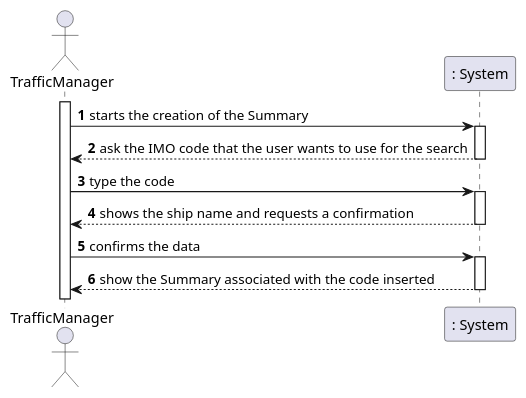
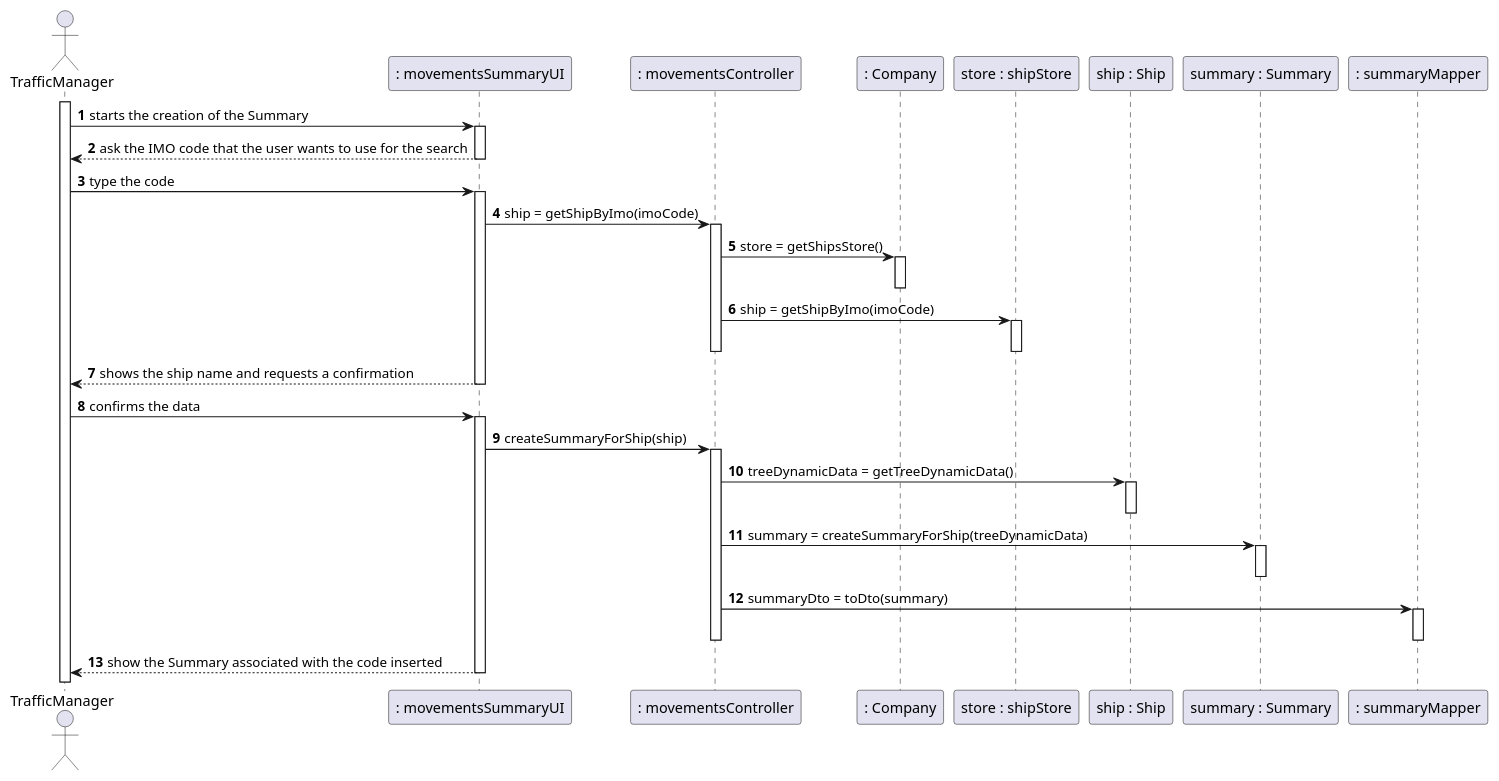
The diagram in docs/US104/US104_SD.puml (0franciscor/lapr3-2021-g042), drawn with PlantUML before and after one commit. The commit also changed 1 other file, not shown here.

```diff
--- a/docs/US104/US104_SD.puml
+++ b/docs/US104/US104_SD.puml
@@ -1,24 +1,58 @@
 @startuml
 'https://plantuml.com/sequence-diagram
 
 actor TrafficManager as TM
-participant ": System" as SY
+participant ": movementsSummaryUI" as UI
+participant ": movementsController" as CT
+participant ": Company" as CP
+participant "store : shipStore" as ST
+participant "ship : Ship" as SP
+participant "summary : Summary" as SM
+participant ": summaryMapper" as MP
+
+
+
 
 autonumber
 activate TM
-TM -> SY: starts the creation of the Summary
-activate SY
-SY --> TM : ask the IMO code that the user wants to use for the search
-deactivate SY
-TM -> SY : type the code
-activate SY
-SY --> TM : shows the ship name and requests a confirmation
-deactivate SY
-TM -> SY: confirms the data
-activate SY
-SY --> TM : show the Summary associated with the code inserted
-deactivate SY
+TM -> UI: starts the creation of the Summary
+activate UI
+UI --> TM : ask the IMO code that the user wants to use for the search
+deactivate UI
+TM -> UI : type the code
+activate UI
+UI -> CT : ship = getShipByImo(imoCode)
+activate  CT
+CT->CP : store = getShipsStore()
+activate CP
+
+deactivate CP
+
+CT->ST : ship = getShipByImo(imoCode)
+activate ST
+deactivate ST
+
+deactivate CT
+UI --> TM : shows the ship name and requests a confirmation
+deactivate UI
+TM -> UI: confirms the data
+activate UI
+UI->CT : createSummaryForShip(ship)
+activate CT
+CT->SP : treeDynamicData = getTreeDynamicData()
+activate SP
+deactivate SP
+CT->SM : summary = createSummaryForShip(treeDynamicData)
+activate SM
+deactivate SM
+CT->MP : summaryDto = toDto(summary)
+activate MP
+deactivate MP
+
+deactivate CT
+UI --> TM : show the Summary associated with the code inserted
+deactivate UI
 
 
 
 @enduml
```
